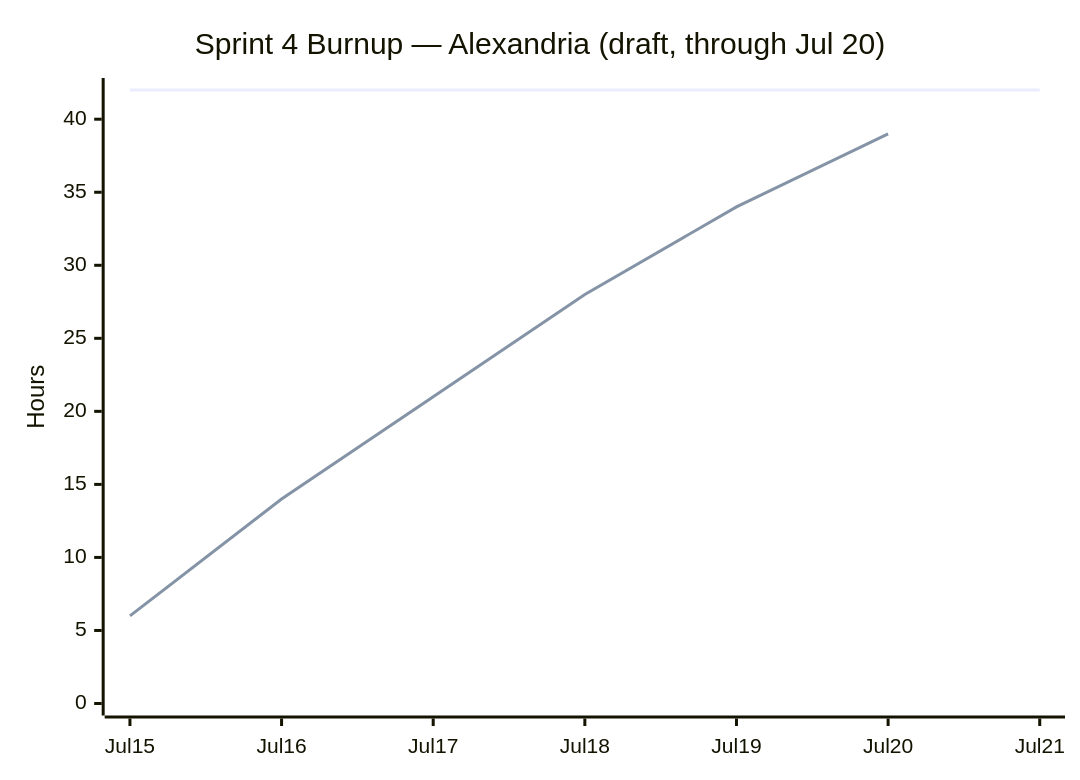
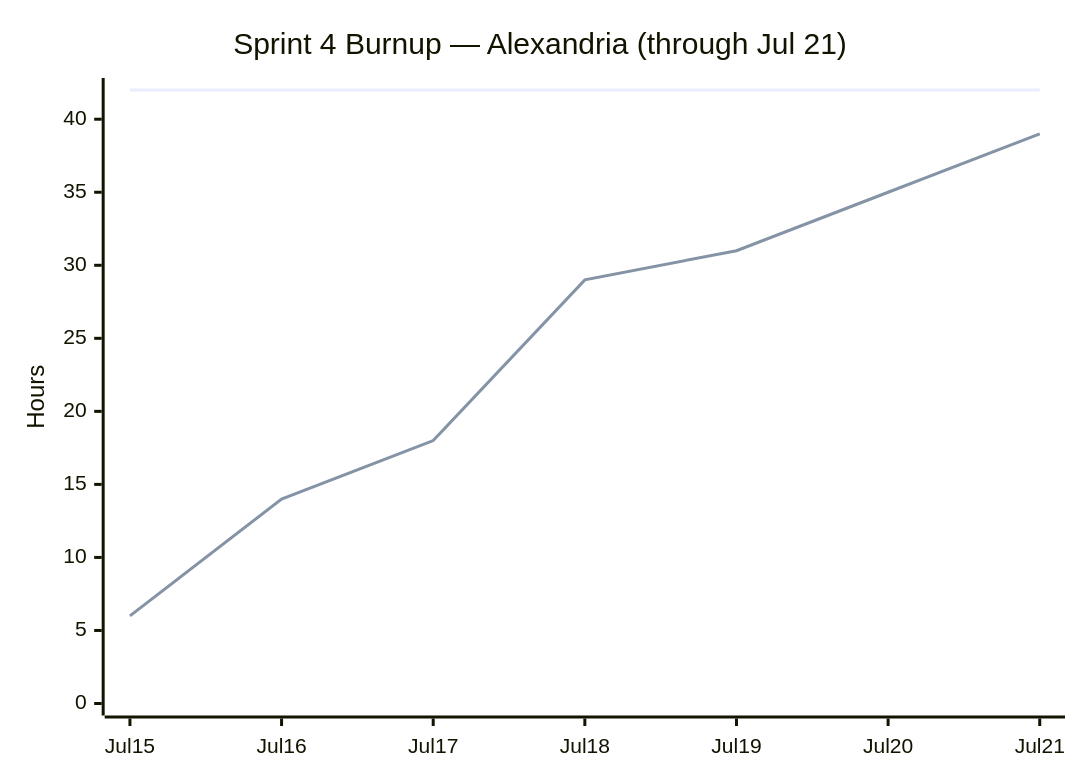
The diagram in docs/sprint-4-report.md (ucsc-cse115a-alexandria/alexandria), drawn with Mermaid before and after one commit. The commit also changed other lines of this file, not shown here.

Commit message:
docs: finalize sprint 4 report

````diff
--- a/docs/sprint-4-report.md
+++ b/docs/sprint-4-report.md
@@ -107,8 +106,8 @@
 ```mermaid
 xychart-beta
-    title "Sprint 4 Burnup — Alexandria (draft, through Jul 20)"
+    title "Sprint 4 Burnup — Alexandria (through Jul 21)"
     x-axis [Jul15, Jul16, Jul17, Jul18, Jul19, Jul20, Jul21]
     y-axis "Hours" 0 --> 42
     line [42, 42, 42, 42, 42, 42, 42]
-    line [6, 14, 21, 28, 34, 39]
+    line [6, 14, 18, 29, 31, 35, 39]
 ```
````
